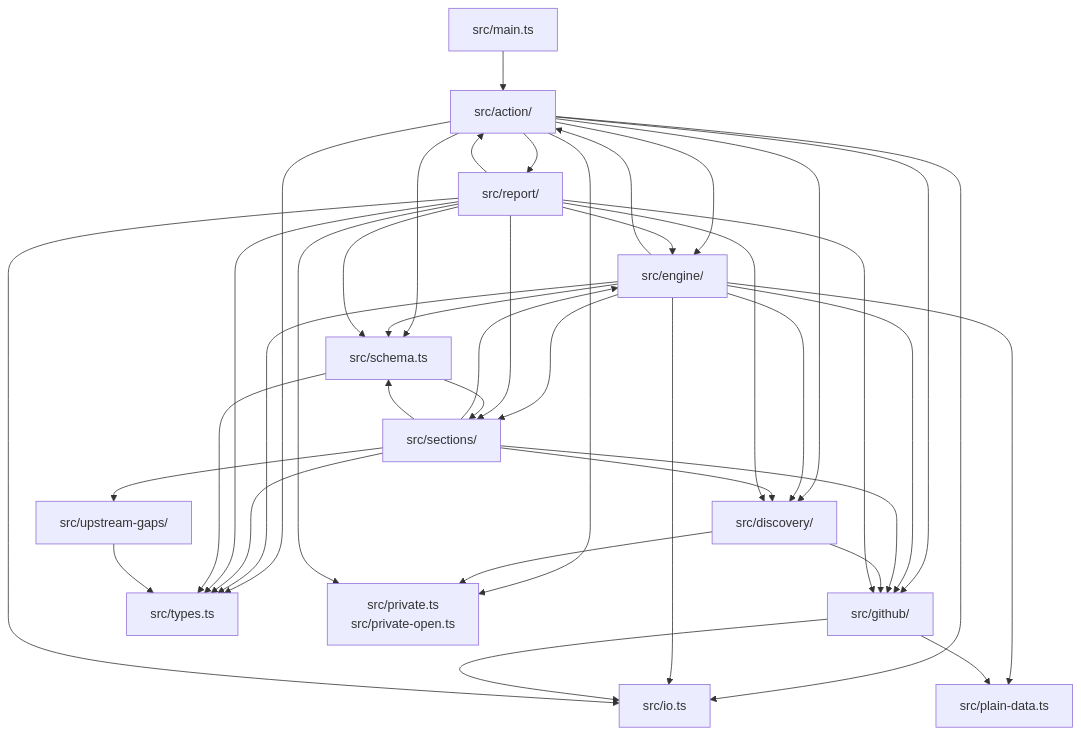
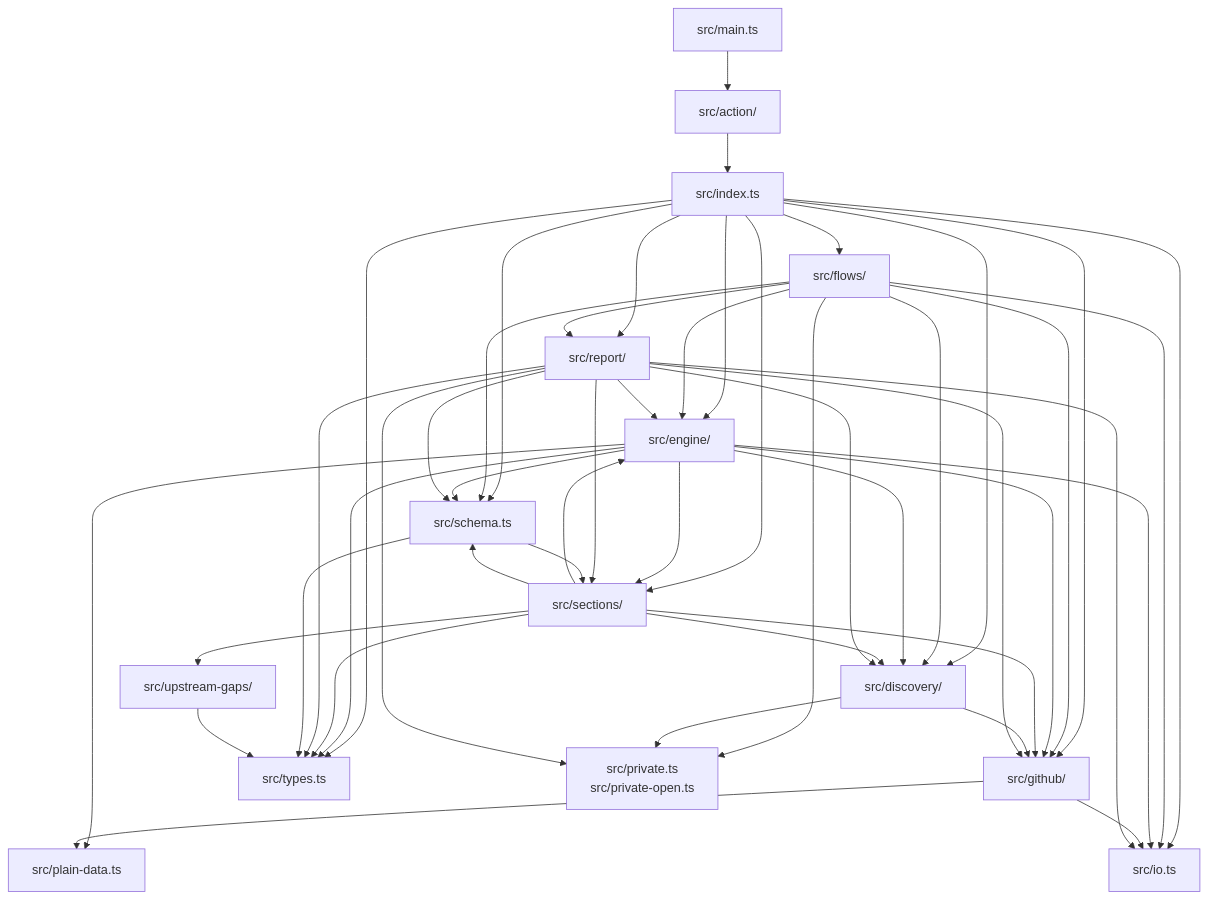
Before and after one commit to Vivswan/github-settings-as-code: the eighth of 8 diagrams in docs/reference/architecture.md, drawn with Mermaid. The commit also changed other lines of this file and 61 other files, not shown here.

````diff
--- a/docs/reference/architecture.md
+++ b/docs/reference/architecture.md
@@ -229,55 +229,64 @@
 ```mermaid
 graph TD
   main["src/main.ts"]
   action["src/action/"]
+  library["src/index.ts"]
+  flows["src/flows/"]
   engine["src/engine/"]
   sections["src/sections/"]
   github["src/github/"]
   discovery["src/discovery/"]
   report["src/report/"]
   schema["src/schema.ts"]
   io["src/io.ts"]
   types["src/types.ts"]
   plain_data["src/plain-data.ts"]
   private["src/private.ts<br>src/private-open.ts"]
   upstream_gaps["src/upstream-gaps/"]
   main --> action
-  action --> discovery
-  action --> engine
-  action --> github
-  action --> io
-  action --> private
-  action --> report
-  action --> schema
-  action --> types
-  engine --> action
+  action --> library
+  library --> discovery
+  library --> engine
+  library --> flows
+  library --> github
+  library --> io
+  library --> report
+  library --> schema
+  library --> sections
+  library --> types
+  flows --> discovery
+  flows --> engine
+  flows --> github
+  flows --> io
+  flows --> private
+  flows --> report
+  flows --> schema
   engine --> discovery
   engine --> github
   engine --> io
   engine --> plain_data
   engine --> schema
   engine --> sections
   engine --> types
   sections --> discovery
   sections --> engine
   sections --> github
   sections --> schema
   sections --> types
   sections --> upstream_gaps
   github --> io
   github --> plain_data
   discovery --> github
   discovery --> private
-  report --> action
   report --> discovery
   report --> engine
   report --> github
   report --> io
   report --> private
   report --> schema
   report --> sections
   report --> types
   schema --> sections
   schema --> types
   upstream_gaps --> types
 ```
````
